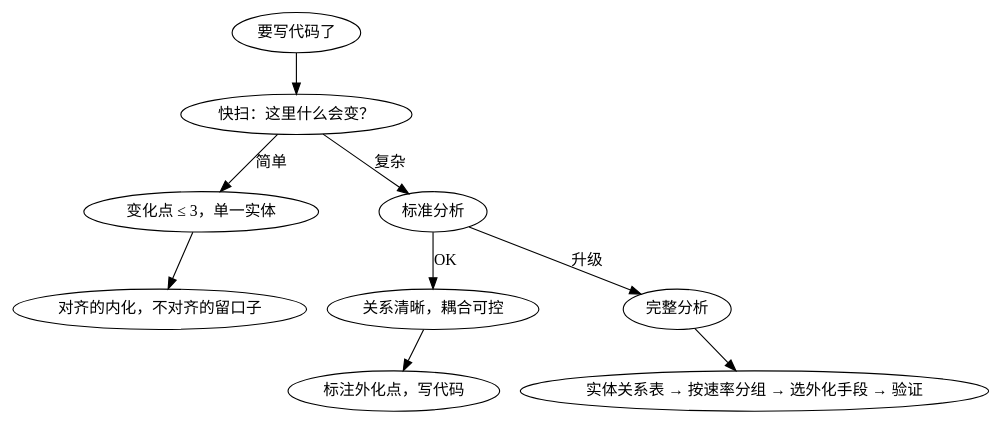
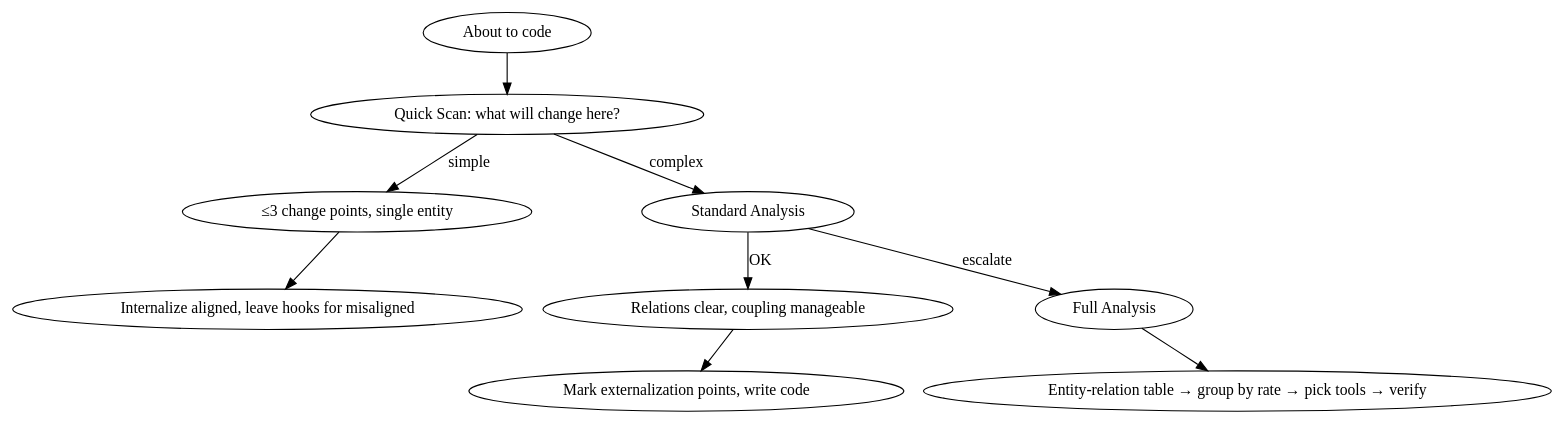
One commit to Leeson-Wong/DVA changed the diagram in skills/using-dims/SKILL.md. Above: the diagram before and after it, drawn with Graphviz. The commit also changed other lines of this file and 5 other files, not shown here.

````diff
--- a/skills/using-dims/SKILL.md
+++ b/skills/using-dims/SKILL.md
@@ -56,12 +56,12 @@
 ```dot
 digraph using_dims {
-    "要写代码了" -> "快扫：这里什么会变？";
-    "快扫：这里什么会变？" -> "变化点 ≤ 3，单一实体" [label="简单"];
-    "快扫：这里什么会变？" -> "标准分析" [label="复杂"];
-    "变化点 ≤ 3，单一实体" -> "对齐的内化，不对齐的留口子";
-    "标准分析" -> "关系清晰，耦合可控" [label="OK"];
-    "标准分析" -> "完整分析" [label="升级"];
-    "关系清晰，耦合可控" -> "标注外化点，写代码";
-    "完整分析" -> "实体关系表 → 按速率分组 → 选外化手段 → 验证";
+    "About to code" -> "Quick Scan: what will change here?";
+    "Quick Scan: what will change here?" -> "≤3 change points, single entity" [label="simple"];
+    "Quick Scan: what will change here?" -> "Standard Analysis" [label="complex"];
+    "≤3 change points, single entity" -> "Internalize aligned, leave hooks for misaligned";
+    "Standard Analysis" -> "Relations clear, coupling manageable" [label="OK"];
+    "Standard Analysis" -> "Full Analysis" [label="escalate"];
+    "Relations clear, coupling manageable" -> "Mark externalization points, write code";
+    "Full Analysis" -> "Entity-relation table → group by rate → pick tools → verify";
 }
 ```
````
